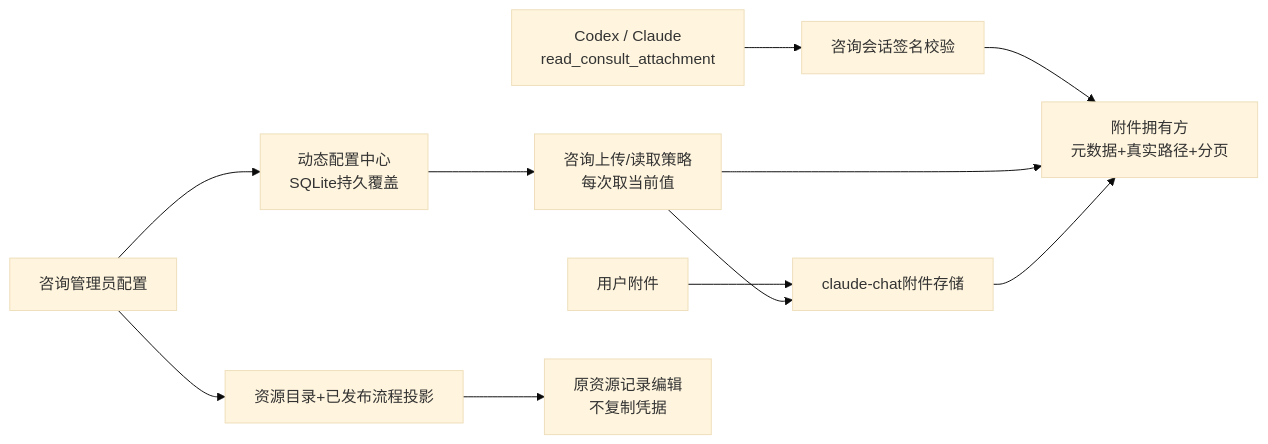
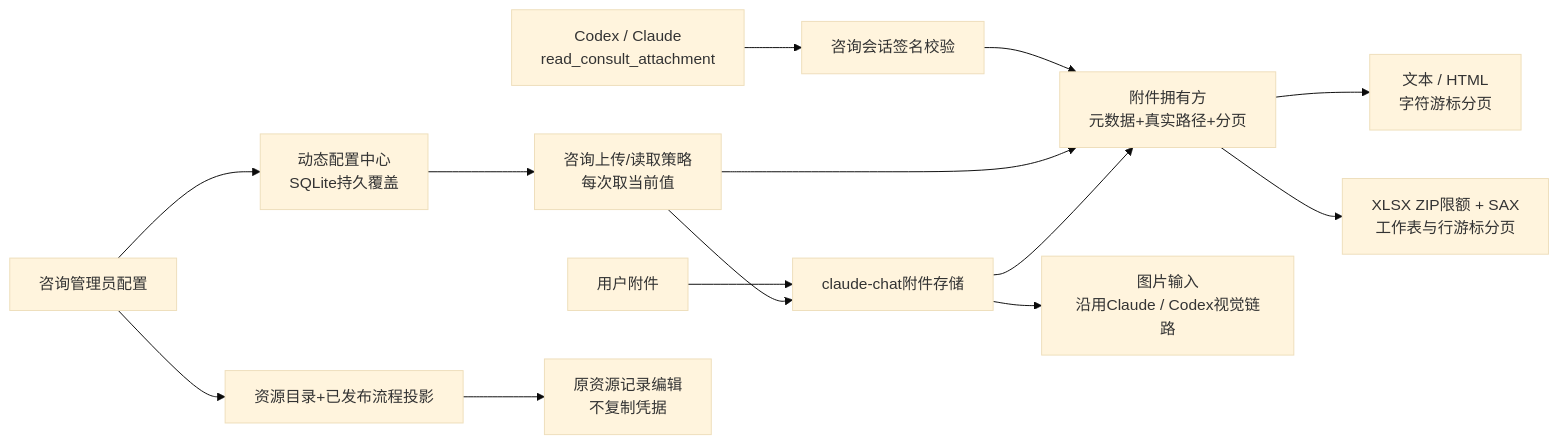
Before and after one commit to exception-coder/kai-toolbox: the eighth of 14 diagrams in docs/ai-coding-architecture.md, drawn with Mermaid (base theme). The commit also changed other lines of this file and 28 other files, not shown here.

````diff
--- a/docs/ai-coding-architecture.md
+++ b/docs/ai-coding-architecture.md
@@ -375,13 +375,16 @@
 ```mermaid
 flowchart LR
     ADMIN["咨询管理员配置"] --> POLICY["动态配置中心<br/>SQLite持久覆盖"]
     POLICY --> LIMIT["咨询上传/读取策略<br/>每次取当前值"]
     USER["用户附件"] --> STORE["claude-chat附件存储"]
     LIMIT --> STORE
     AGENT["Codex / Claude<br/>read_consult_attachment"] --> SIGN["咨询会话签名校验"]
     SIGN --> READER["附件拥有方<br/>元数据+真实路径+分页"]
     LIMIT --> READER
     STORE --> READER
+    READER --> TEXT["文本 / HTML<br/>字符游标分页"]
+    READER --> XLSX["XLSX ZIP限额 + SAX<br/>工作表与行游标分页"]
+    STORE --> IMAGE["图片输入<br/>沿用Claude / Codex视觉链路"]
     ADMIN --> DBVIEW["资源目录+已发布流程投影"]
     DBVIEW --> ORIGINAL["原资源记录编辑<br/>不复制凭据"]
 ```
````
